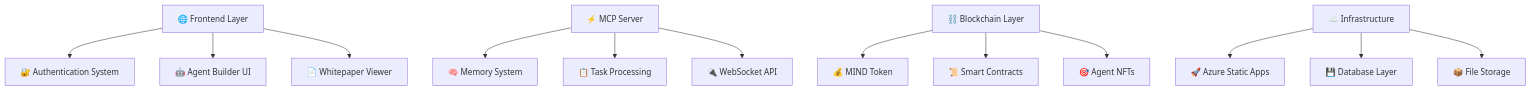
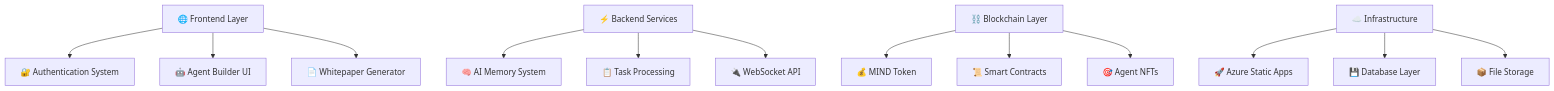
One commit to DandaAkhilReddy/AgentChain changed the diagram in README.md. Above: the diagram before and after it, drawn with Mermaid. The commit also changed other lines of this file and 5 other files, not shown here.

First line of the commit message:
feat: Ultimate professional website with Google OAuth, MetaMask, whitepaper generator, and updated team

````diff
--- a/README.md
+++ b/README.md
@@ -173,18 +185,18 @@
 ```mermaid
 graph TB
     A[🌐 Frontend Layer] --> B[🔐 Authentication System]
     A --> C[🤖 Agent Builder UI]
-    A --> D[📄 Whitepaper Viewer]
+    A --> D[📄 Whitepaper Generator]
     
-    E[⚡ MCP Server] --> F[🧠 Memory System]
+    E[⚡ Backend Services] --> F[🧠 AI Memory System]
     E --> G[📋 Task Processing]  
     E --> H[🔌 WebSocket API]
     
     I[⛓️ Blockchain Layer] --> J[💰 MIND Token]
     I --> K[📜 Smart Contracts]
     I --> L[🎯 Agent NFTs]
     
     M[☁️ Infrastructure] --> N[🚀 Azure Static Apps]
     M --> O[💾 Database Layer]
     M --> P[📦 File Storage]
 ```
````
